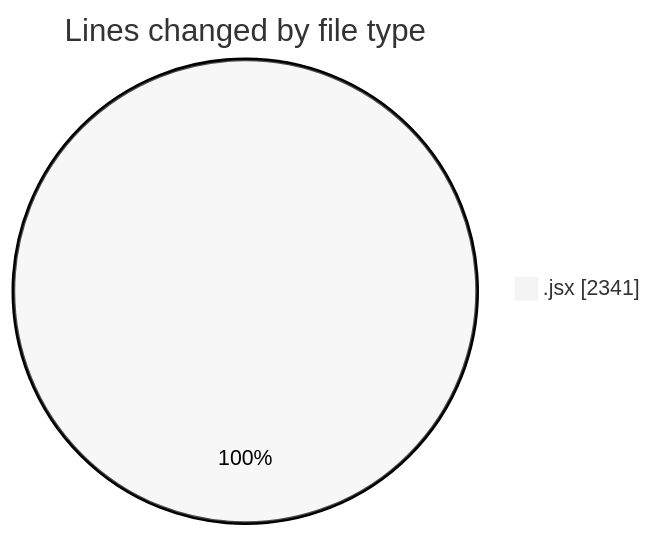
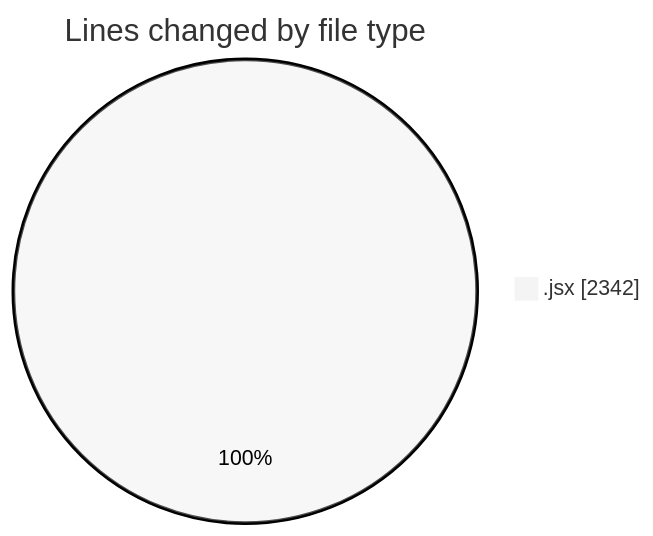
The first of 2 diagrams in 2025-05-23/nxtqube_webapp/README.md (nxtqubesakshisongat/code-tracking), drawn with Mermaid (neutral theme) before and after one commit. The commit also changed other lines of this file and 1 other file, not shown here.

````diff
--- a/2025-05-23/nxtqube_webapp/README.md
+++ b/2025-05-23/nxtqube_webapp/README.md
@@ -21,5 +21,5 @@
 ```mermaid
 pie showData
 title Lines changed by file type
-".jsx" : 2341
+".jsx" : 2342
 ```
````
